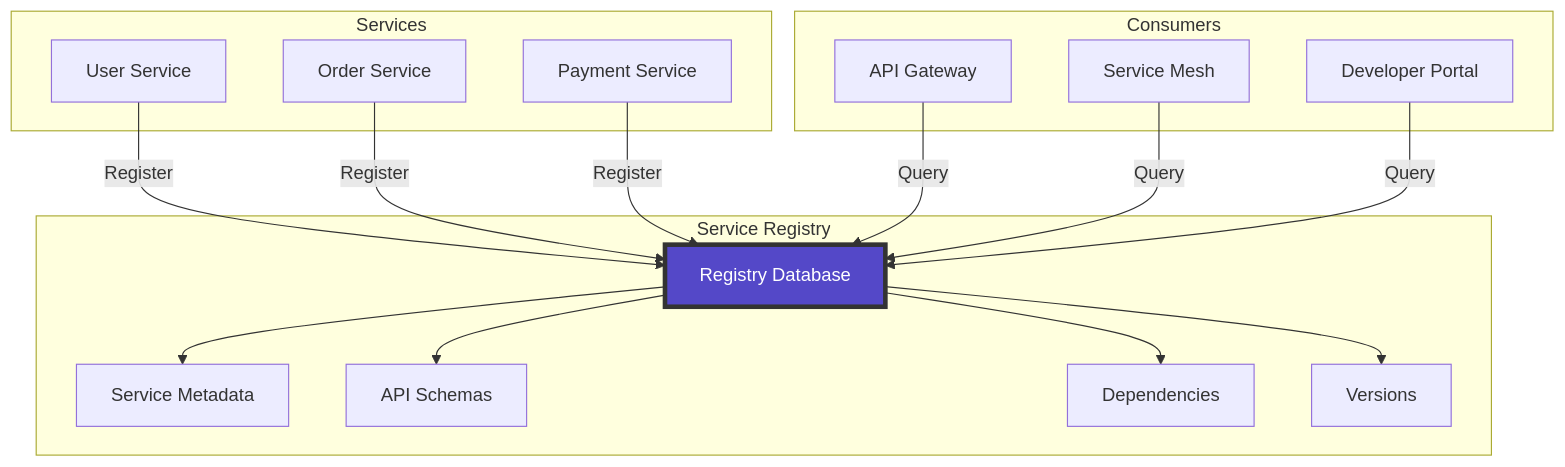
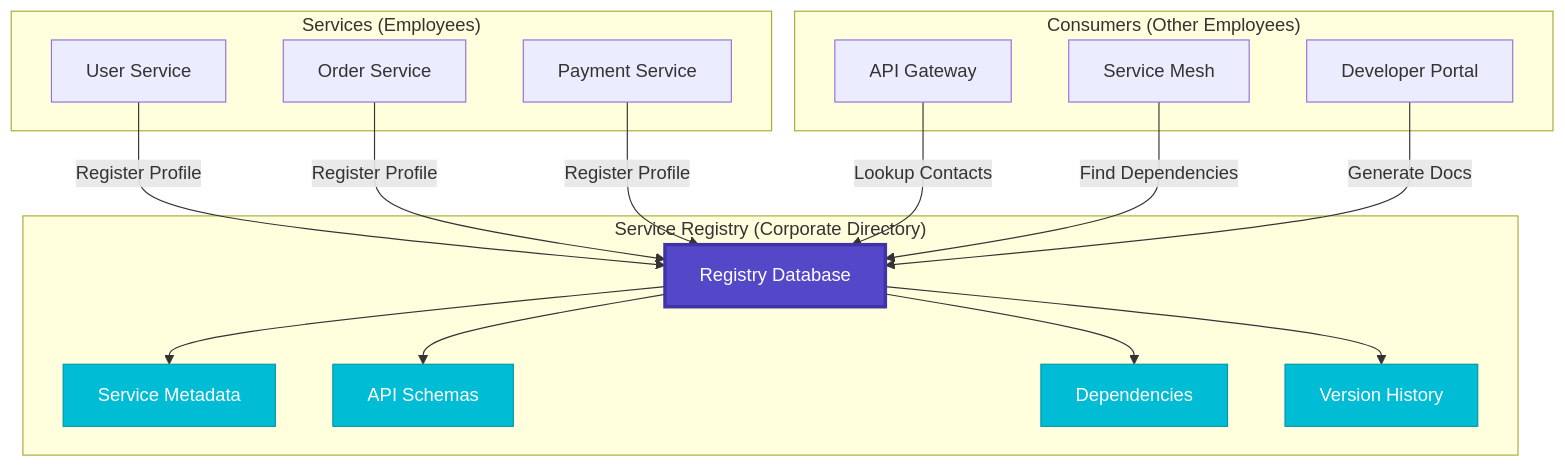
Before and after one commit to deepaucksharma/DStudio: the first of 6 diagrams in docs/pattern-library/communication/service-registry.md, drawn with Mermaid. The commit also changed other lines of this file and 11 other files, not shown here.

````diff
--- a/docs/pattern-library/communication/service-registry.md
+++ b/docs/pattern-library/communication/service-registry.md
@@ -161,24 +86,28 @@
 ```mermaid
 graph TB
-    subgraph "Service Registry"
-        SR[Registry Database]
-        SR --> SM1[Service Metadata]
-        SR --> SM2[API Schemas]
-        SR --> SM3[Dependencies]
-        SR --> SM4[Versions]
+    subgraph "Service Registry (Corporate Directory)"
+        R[Registry Database]
+        R --> M[Service Metadata]
+        R --> S[API Schemas]
+        R --> D[Dependencies]
+        R --> V[Version History]
     end
     
-    subgraph "Services"
-        S1[User Service] -->|Register| SR
-        S2[Order Service] -->|Register| SR
-        S3[Payment Service] -->|Register| SR
+    subgraph "Services (Employees)"
+        S1[User Service] -->|Register Profile| R
+        S2[Order Service] -->|Register Profile| R
+        S3[Payment Service] -->|Register Profile| R
     end
     
-    subgraph "Consumers"
-        C1[API Gateway] -->|Query| SR
-        C2[Service Mesh] -->|Query| SR
-        C3[Developer Portal] -->|Query| SR
+    subgraph "Consumers (Other Employees)"
+        C1[API Gateway] -->|Lookup Contacts| R
+        C2[Service Mesh] -->|Find Dependencies| R
+        C3[Developer Portal] -->|Generate Docs| R
     end
     
-    style SR fill:#5448C8,stroke:#333,stroke-width:4px,color:#fff
+    style R fill:#5448C8,stroke:#3f33a6,color:#fff,stroke-width:3px
+    style M fill:#00BCD4,stroke:#0097a7,color:#fff
+    style S fill:#00BCD4,stroke:#0097a7,color:#fff
+    style D fill:#00BCD4,stroke:#0097a7,color:#fff
+    style V fill:#00BCD4,stroke:#0097a7,color:#fff
 ```
````
